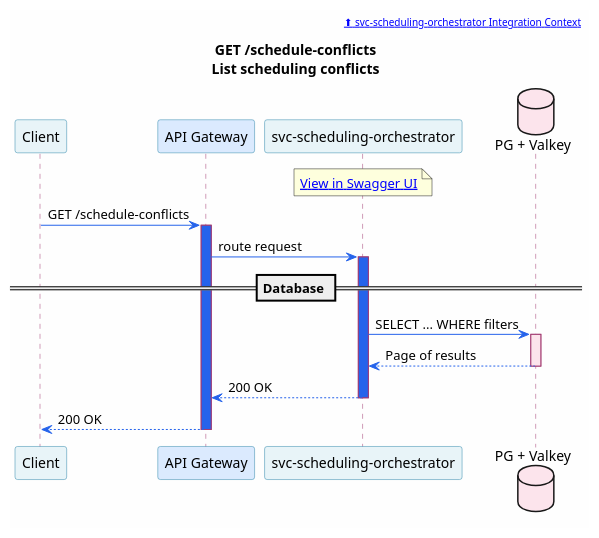
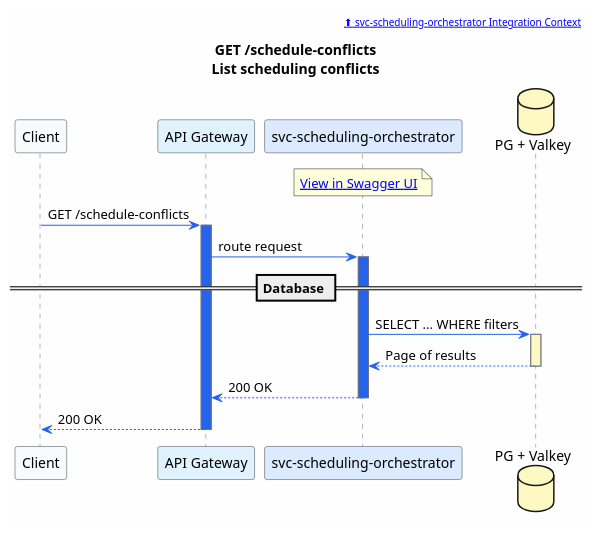
Before and after one commit to christopherblaisdell/continuous-architecture-platform-poc: the diagram in portal/docs/microservices/puml/svc-scheduling-orchestrator--get-schedule-conflicts.puml, drawn with PlantUML. The commit also changed 727 other files, not shown here.

```diff
--- a/portal/docs/microservices/puml/svc-scheduling-orchestrator--get-schedule-conflicts.puml
+++ b/portal/docs/microservices/puml/svc-scheduling-orchestrator--get-schedule-conflicts.puml
@@ -1,47 +1,47 @@
 @startuml svc-scheduling-orchestrator--get-schedule-conflicts
 
 skinparam backgroundColor #FEFEFE
 skinparam shadowing false
 skinparam defaultFontName "Segoe UI"
 skinparam sequence {
     ArrowColor #2563eb
-    ParticipantBorderColor #2E86AB
-    ParticipantBackgroundColor #E8F4F8
-    LifeLineBorderColor #A23B72
-    BoxBorderColor #F18F01
-    BoxBackgroundColor #FFF8F0
-    NoteBorderColor #c77b30
-    NoteBackgroundColor #FEF3E7
+    ParticipantBorderColor #374151
+    ParticipantBackgroundColor #F9FAFB
+    LifeLineBorderColor #6B7280
+    BoxBorderColor #94A3B8
+    BoxBackgroundColor #F8FAFC
+    NoteBorderColor #64748B
+    NoteBackgroundColor #F8FAFC
 }
 
 header [[/microservices/svc-scheduling-orchestrator/#integration-context ⬆ svc-scheduling-orchestrator Integration Context]]
 
 title GET /schedule-conflicts\nList scheduling conflicts
 
 participant "Client" as Client [[/applications/]]
-participant "API Gateway" as GW [[/actors/#api-gateway]] #DBEAFE
-participant "svc-scheduling-orchestrator" as Svc [[/microservices/svc-scheduling-orchestrator/]] #E8F4F8
-database "PG + Valkey" as DB [[/microservices/svc-scheduling-orchestrator/#data-store]] #FCE4EC
+participant "API Gateway" as GW [[/actors/#api-gateway]] #E0F2FE
+participant "svc-scheduling-orchestrator" as Svc [[/microservices/svc-scheduling-orchestrator/]] #DBEAFE
+database "PG + Valkey" as DB [[/microservices/svc-scheduling-orchestrator/#data-store]] #FEF9C3
 
 note over Svc
   [[/services/api/svc-scheduling-orchestrator.html View in Swagger UI]]
 end note
 
 Client -> GW : GET /schedule-conflicts
 activate GW #2563eb
 GW -> Svc : route request
 activate Svc #2563eb
 
 == Database ==
 
 Svc -> DB : SELECT ... WHERE filters
-activate DB #FCE4EC
+activate DB #FEF9C3
 DB --> Svc : Page of results
 deactivate DB
 
 Svc --> GW : 200 OK
 deactivate Svc
 GW --> Client : 200 OK
 deactivate GW
 
 @enduml
```
